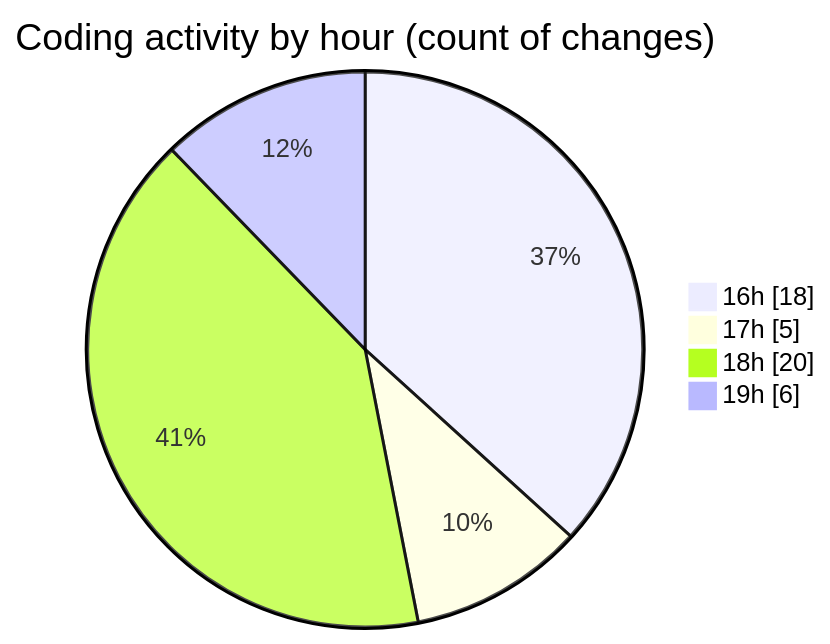
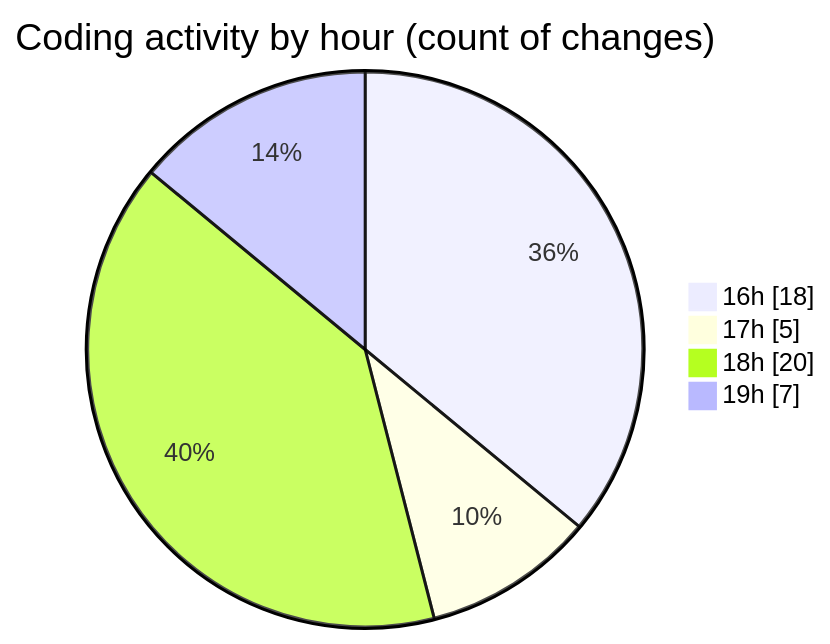
Before and after one commit to donsfak/code-tracking: the second of 2 diagrams in 2025-02-27/uber_clone/README.md, drawn with Mermaid. The commit also changed other lines of this file and 1 other file, not shown here.

````diff
--- a/2025-02-27/uber_clone/README.md
+++ b/2025-02-27/uber_clone/README.md
@@ -29,8 +29,8 @@
 ```mermaid
 pie showData
 title Coding activity by hour (count of changes)
 "16h" : 18
 "17h" : 5
 "18h" : 20
-"19h" : 6
+"19h" : 7
 ```
````
